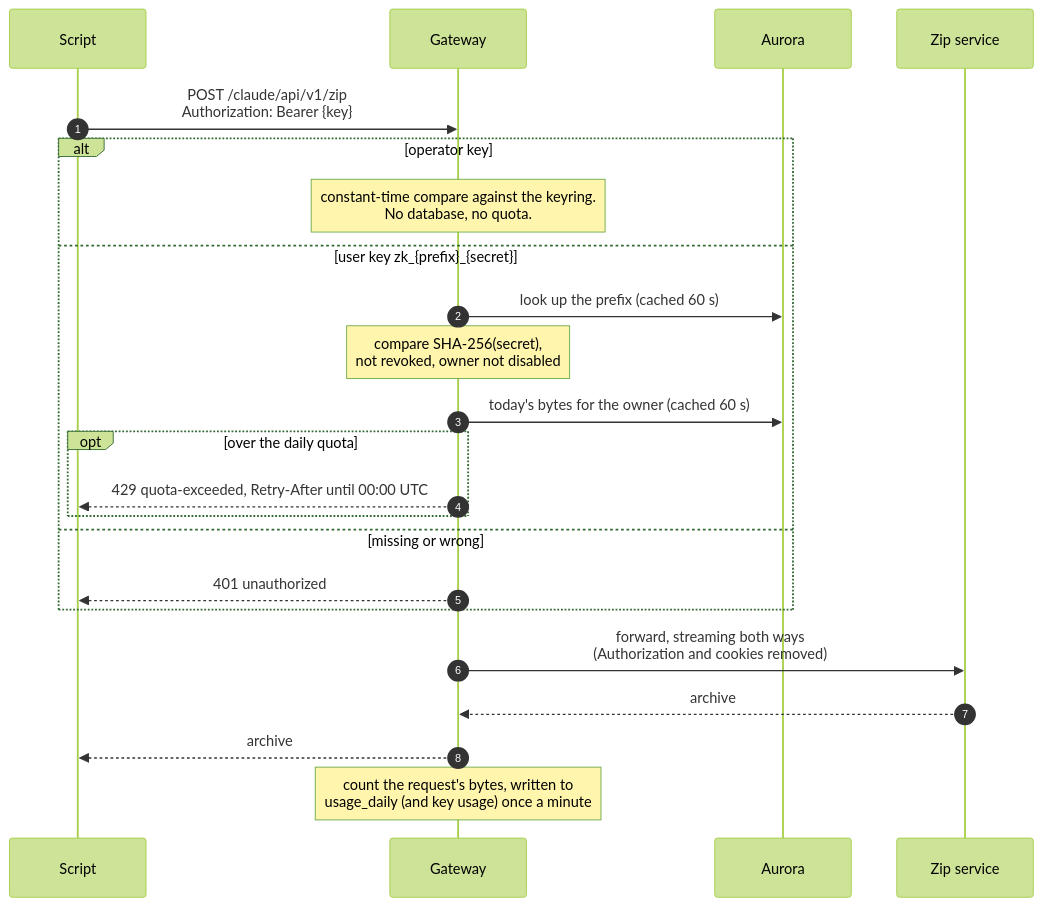
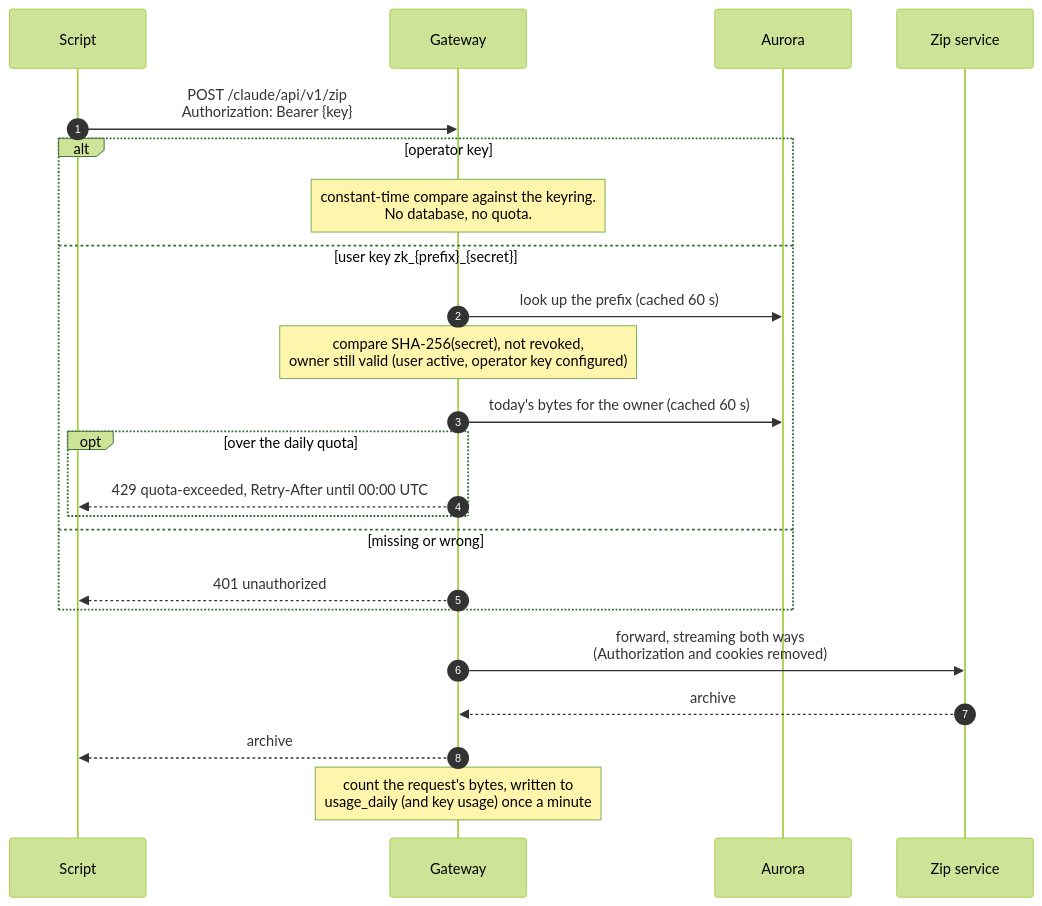
The fourth of 4 diagrams in docs/auth.md (zip-agents/api-gateway), drawn with Mermaid (forest theme) before and after one commit. The commit also changed other lines of this file and 69 other files, not shown here.

````diff
--- a/docs/auth.md
+++ b/docs/auth.md
@@ -122,26 +131,26 @@
 ```mermaid
 sequenceDiagram
     autonumber
     participant S as Script
     participant G as Gateway
     participant DB as Aurora
     participant Z as Zip service
 
     S->>G: POST /claude/api/v1/zip<br/>Authorization: Bearer {key}
     alt operator key
         Note over G: constant-time compare against the keyring.<br/>No database, no quota.
     else user key zk_{prefix}_{secret}
         G->>DB: look up the prefix (cached 60 s)
-        Note over G: compare SHA-256(secret),<br/>not revoked, owner not disabled
+        Note over G: compare SHA-256(secret), not revoked,<br/>owner still valid (user active, operator key configured)
         G->>DB: today's bytes for the owner (cached 60 s)
         opt over the daily quota
             G-->>S: 429 quota-exceeded, Retry-After until 00:00 UTC
         end
     else missing or wrong
         G-->>S: 401 unauthorized
     end
     G->>Z: forward, streaming both ways<br/>(Authorization and cookies removed)
     Z-->>G: archive
     G-->>S: archive
     Note over G: count the request's bytes, written to<br/>usage_daily (and key usage) once a minute
 ```
````
